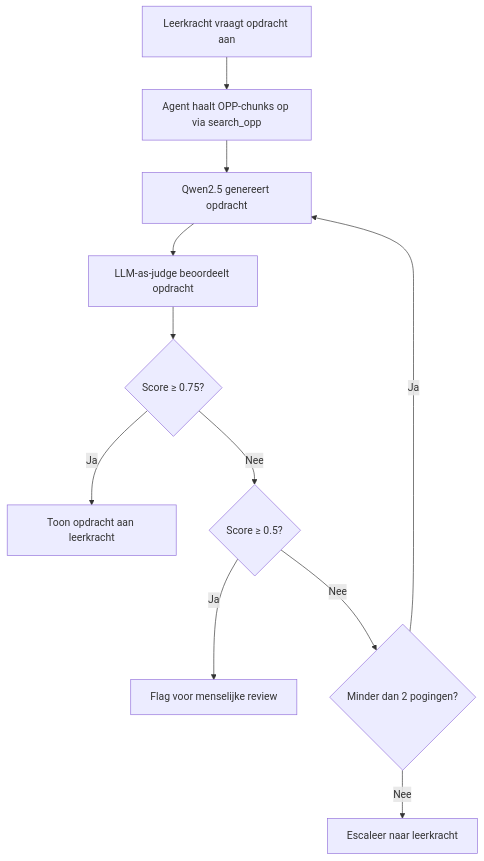
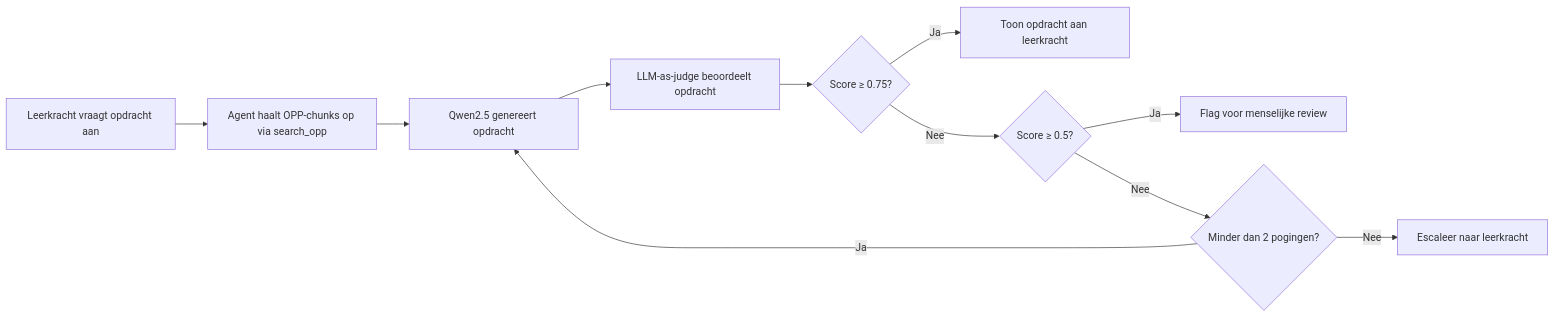
One commit to Jayson123321/Juf-aimee changed the diagram in docs/Kwaliteitsevaluatie/llm-as-judge.md. Above: the diagram before and after it, drawn with Mermaid.

Commit message:
Docs: Try fix Left to Right

````diff
--- a/docs/Kwaliteitsevaluatie/llm-as-judge.md
+++ b/docs/Kwaliteitsevaluatie/llm-as-judge.md
@@ -5,14 +5,14 @@
 ```mermaid
 %%{init: {'flowchart': {'useMaxWidth': true}}}%%
-flowchart TD
+flowchart LR
     A[Leerkracht vraagt opdracht aan] --> B[Agent haalt OPP-chunks op via search_opp]
     B --> C[Qwen2.5 genereert opdracht]
     C --> D[LLM-as-judge beoordeelt opdracht]
     D --> E{Score ≥ 0.75?}
     E -- Ja --> F[Toon opdracht aan leerkracht]
     E -- Nee --> G{Score ≥ 0.5?}
     G -- Ja --> H[Flag voor menselijke review]
     G -- Nee --> I{Minder dan 2 pogingen?}
     I -- Ja --> C
     I -- Nee --> J[Escaleer naar leerkracht]
 ```
````
